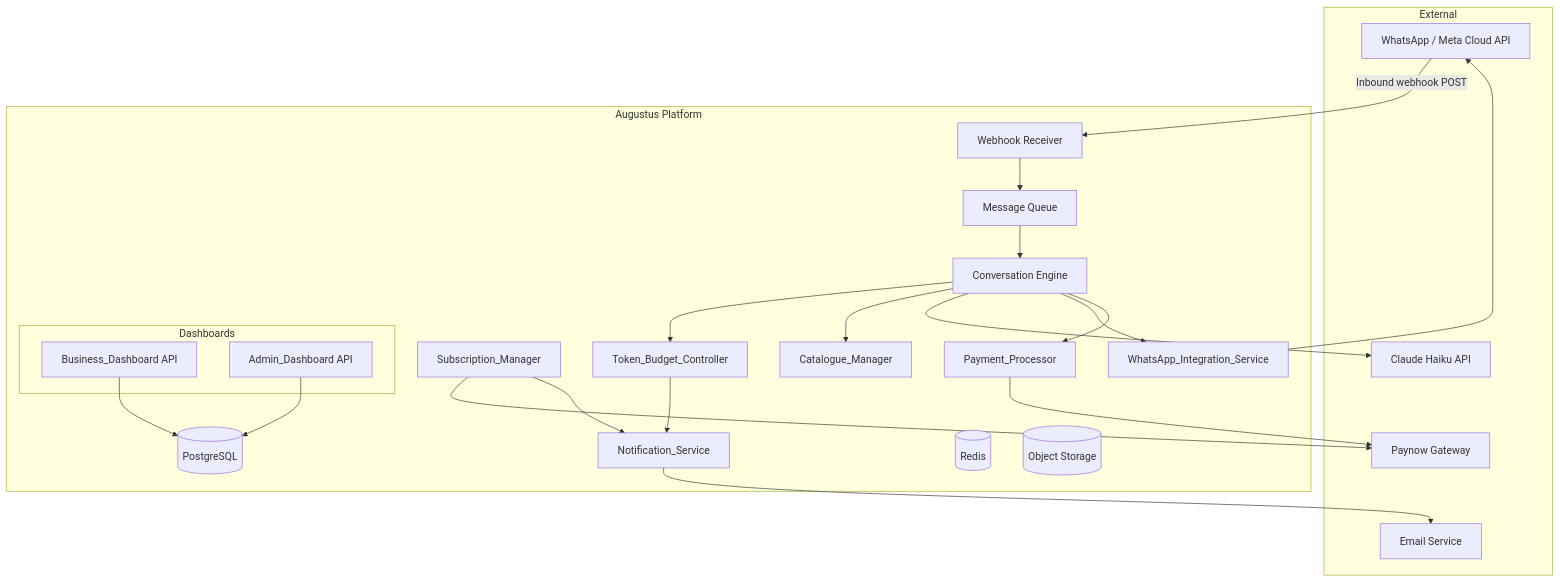
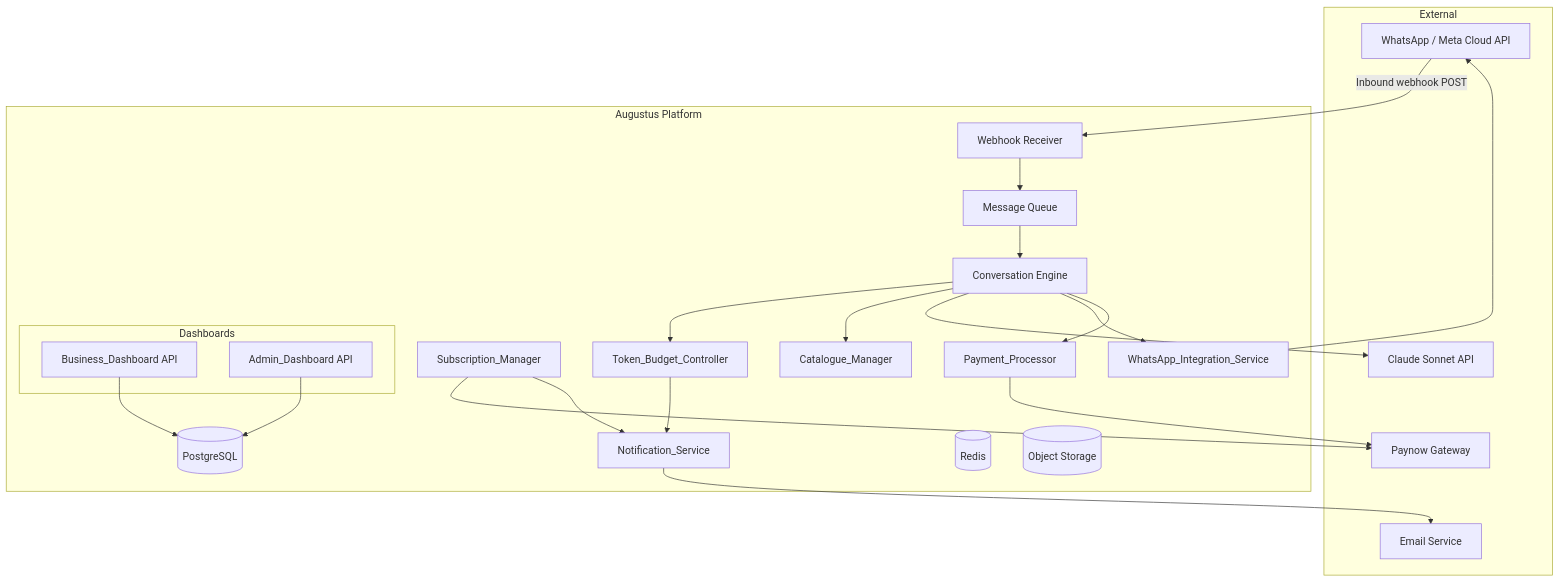
Before and after one commit to RoyalKusi/augustus-agent: the first of 3 diagrams in .kiro/specs/augustus-ai-sales-platform/design.md, drawn with Mermaid. The commit also changed other lines of this file and 12 other files, not shown here.

First line of the commit message:
refactor: replace all Haiku references with Sonnet across codebase

````diff
--- a/.kiro/specs/augustus-ai-sales-platform/design.md
+++ b/.kiro/specs/augustus-ai-sales-platform/design.md
@@ -19,47 +19,47 @@
 ```mermaid
 graph TD
     subgraph External
         WA[WhatsApp / Meta Cloud API]
         PN[Paynow Gateway]
-        CH[Claude Haiku API]
+        CH[Claude Sonnet API]
         Email[Email Service]
     end
 
     subgraph Augustus Platform
         WH[Webhook Receiver]
         MQ[Message Queue]
         CE[Conversation Engine]
         TBC[Token_Budget_Controller]
         CM[Catalogue_Manager]
         PP[Payment_Processor]
         SM[Subscription_Manager]
         WIS[WhatsApp_Integration_Service]
         NS[Notification_Service]
 
         subgraph Dashboards
             BD[Business_Dashboard API]
             AD[Admin_Dashboard API]
         end
 
         DB[(PostgreSQL)]
         Cache[(Redis)]
         FileStore[(Object Storage)]
     end
 
     WA -->|Inbound webhook POST| WH
     WH --> MQ
     MQ --> CE
     CE --> TBC
     CE --> CM
     CE --> CH
     CE --> WIS
     WIS --> WA
     CE --> PP
     PP --> PN
     SM --> PN
     SM --> NS
     NS --> Email
     TBC --> NS
     BD --> DB
     AD --> DB
 ```
````
